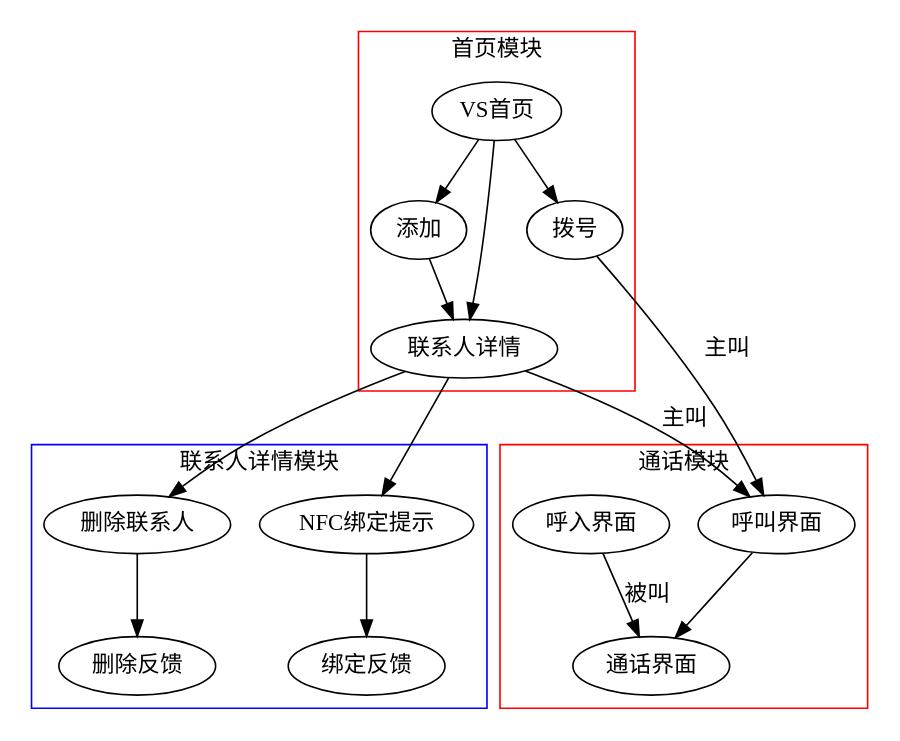
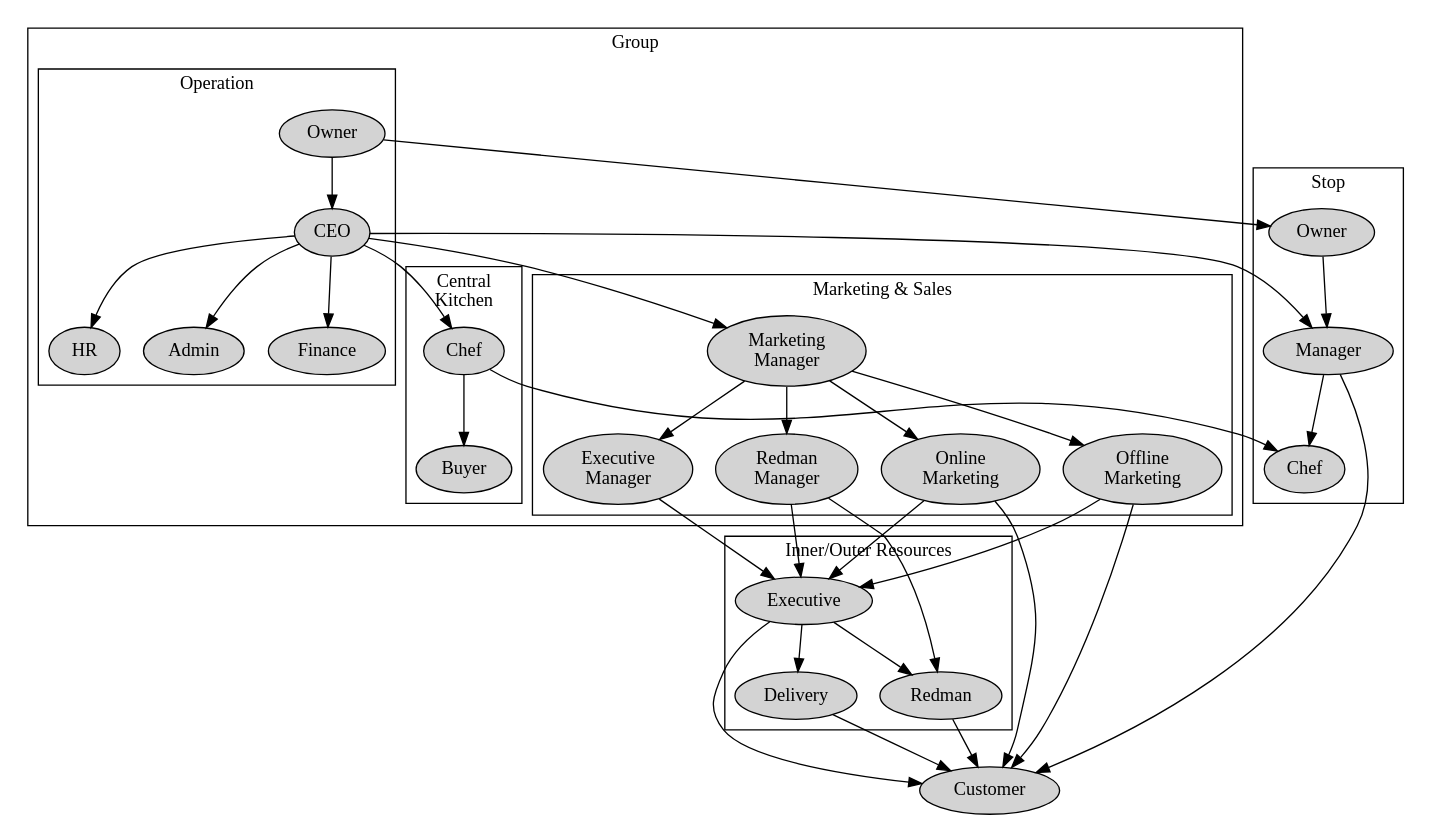
The diagram in test.dot (xin-at-marathon/image-editor), drawn with Graphviz before and after one commit. The commit also changed 4 other files, not shown here.

```diff
--- a/test.dot
+++ b/test.dot
@@ -1,51 +1,90 @@
 
-digraph UI {
+digraph Role {
+  compound = true;
+  graph [size="12,12"]
+  edge [fontname="WenQuanYi Zen Hei"];
+  node [style="filled" fontname="WenQuanYi Zen Hei"];
 
-  graph [size="10,10"]
-  edge [fontname="WenQuanYi Zen Hei"];
-  node [fontname="WenQuanYi Zen Hei"];
+  subgraph clusterGroup {
+    label="Group"
+
+    subgraph clusterGroupOperation{
+      label="Operation"
+      GO [label="Owner"]
+      CEO [label="CEO"]
+      GH [label="HR"]
+      GA [label="Admin"]
+      GF [label="Finance"]
+
+      GO -> CEO
+      CEO -> GH
+      CEO -> GA
+      CEO -> GF
+    }
+
+    subgraph clusterGroupKitchen{
+      label="Central\nKitchen"
+      GC [label="Chef"]
+      GB [label="Buyer"]
+      GC -> GB
+  }
+
+    subgraph clusterGroupMarket{
+      label="Marketing & Sales"
+      GMM [label="Marketing\nManager"]
+      GoM [label="Online\nMarketing"]
+      GOM [label="Offline\nMarketing"]
+
+      GRM [label="Redman\nManager"]
+      GEM [label="Executive\nManager"]
+
+      GMM -> GoM
+      GMM -> GOM
+      GMM -> GRM
+      GMM -> GEM
+    }
+
+    CEO -> GC
+    CEO -> GMM
+  }
 
 
-  VS首页 [URL="v1.0/SY.jpg|pd-v1-SY"]
-  拨号 [URL="v1.0/search.jpg|pd-v1-search"]
-  添加 [URL="v1.0/search.jpg|pd-v1-search"]
-  联系人详情 [URL="v1.0/XQ.jpg|pd-v1-SQ"]
-  呼叫界面 [URL="v1.0/hujiao.jpg|pd-v1-hujiao"]
-  删除联系人 [URL="v1.0/delete.jpg|pd-v1-delete"]
-  删除反馈 [URL="v1.0/delete_success.jpg|pd-v1-delete_success"]
-  NFC绑定提示 [URL="v1.0/BD.jpg|pd-v1-BD"]
-  绑定反馈 [URL="v1.0/BDSuccess.jpg|pd-v1-BDSuccess"]
-  呼入界面 [URL="v1.0/BJ.jpg|pd-v1-Incall"]
-  通话界面 [URL="v1.0/Incall.jpg|pd-v1-BJ"]
+  subgraph clusterResource{
+    label="Inner/Outer Resources"
+    EXE [label="Executive"]
+    Redman [label="Redman"]
+    Delivery [label="Delivery"]
+    EXE -> Delivery
+    EXE -> Redman
+  }
 
-subgraph cluster0 {
-  color=red;
-  VS首页 -> 拨号
-  VS首页 -> 添加
-  添加 -> 联系人详情
-  VS首页 -> 联系人详情;
-  label = "首页模块";
-}
+  GRM -> Redman
+  GEM -> EXE
+  GRM -> EXE
+  GoM -> EXE
+  GOM -> EXE
 
 
-subgraph cluster1 {
-  color=blue;
-  联系人详情 -> 删除联系人
-  删除联系人 -> 删除反馈
-  联系人详情 -> NFC绑定提示
-  NFC绑定提示 -> 绑定反馈
-  label = "联系人详情模块";
+  subgraph clusterShop{
+    label="Stop"
+
+    SO [label="Owner"]
+    SM [label="Manager"]
+    SC [label="Chef"]
+    SO -> SM
+    SM -> SC
+  }
+
+  GO -> SO
+  CEO -> SM
+  GC -> SC
+
+  Customer
+
+  Redman -> Customer
+  EXE -> Customer
+  Delivery -> Customer
+  GoM -> Customer
+  GOM -> Customer
+  SM -> Customer
 }
-
-subgraph cluster2 {
-  color=red;
-   呼入界面 -> 通话界面 [label="被叫"]
-  呼叫界面 -> 通话界面
-
-  label = "通话模块";
-}
-  
-  拨号 -> 呼叫界面 [label="主叫"]
-  联系人详情 -> 呼叫界面 [label="主叫"]
-
-}
```
